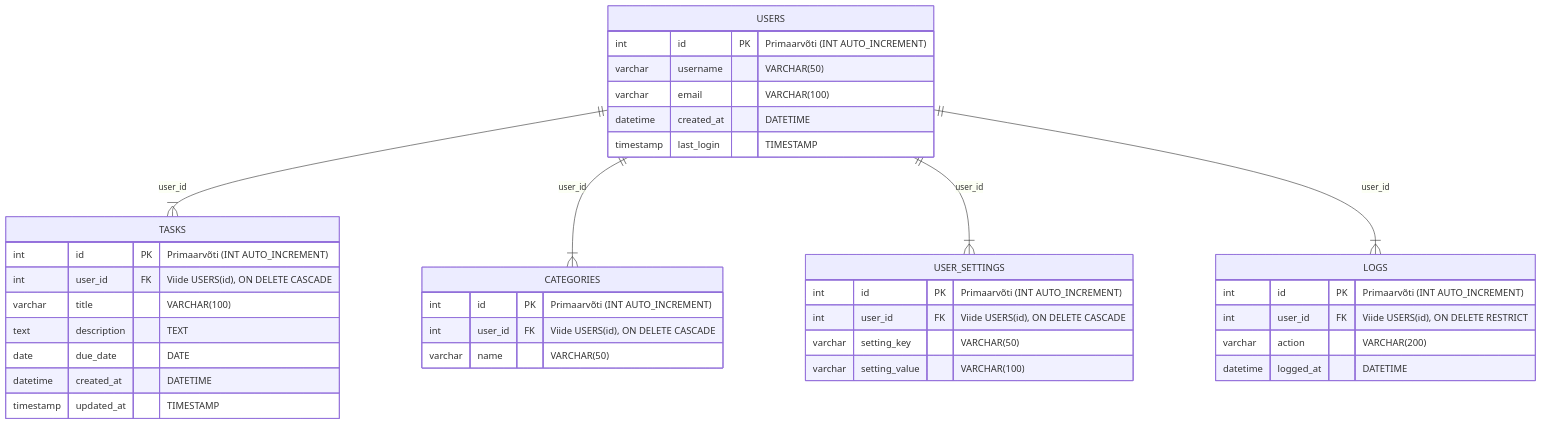
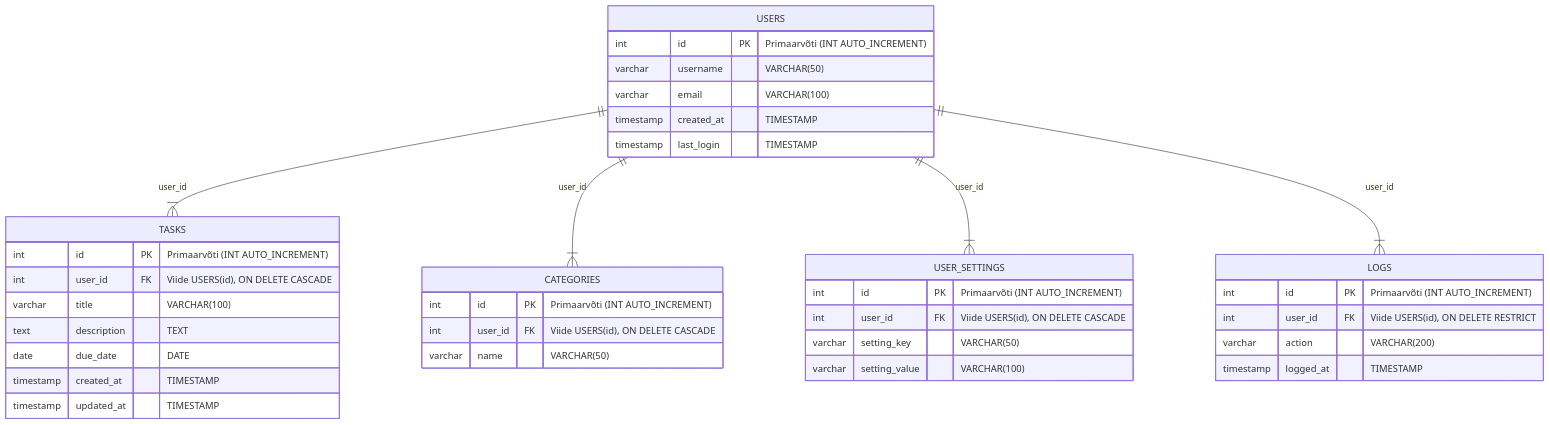
One commit to JoonasMagi/ToDo changed the diagram in todo.mermaid. Above: the diagram before and after it, drawn with Mermaid.

Commit message:
Update todo.mermaid
Uses `TIMESTAMP` instead of `DATETIME`

```diff
--- a/todo.mermaid
+++ b/todo.mermaid
@@ -1,51 +1,52 @@
 erDiagram
 
-%% TABEL: USERS
+    %% TABEL: USERS
     USERS {
         int id PK "Primaarvõti (INT AUTO_INCREMENT)"
         varchar username "VARCHAR(50)"
         varchar email "VARCHAR(100)"
-        datetime created_at "DATETIME"
+        timestamp created_at "TIMESTAMP"
         timestamp last_login "TIMESTAMP"
     }
 
-%% TABEL: TASKS
+    %% TABEL: TASKS
     TASKS {
         int id PK "Primaarvõti (INT AUTO_INCREMENT)"
         int user_id FK "Viide USERS(id), ON DELETE CASCADE"
         varchar title "VARCHAR(100)"
         text description "TEXT"
         date due_date "DATE"
-        datetime created_at "DATETIME"
+        timestamp created_at "TIMESTAMP"
         timestamp updated_at "TIMESTAMP"
     }
 
-%% TABEL: CATEGORIES
+    %% TABEL: CATEGORIES
     CATEGORIES {
         int id PK "Primaarvõti (INT AUTO_INCREMENT)"
         int user_id FK "Viide USERS(id), ON DELETE CASCADE"
         varchar name "VARCHAR(50)"
     }
 
-%% TABEL: USER_SETTINGS
+    %% TABEL: USER_SETTINGS
     USER_SETTINGS {
         int id PK "Primaarvõti (INT AUTO_INCREMENT)"
         int user_id FK "Viide USERS(id), ON DELETE CASCADE"
         varchar setting_key "VARCHAR(50)"
         varchar setting_value "VARCHAR(100)"
     }
 
-%% TABEL: LOGS
+    %% TABEL: LOGS
     LOGS {
         int id PK "Primaarvõti (INT AUTO_INCREMENT)"
         int user_id FK "Viide USERS(id), ON DELETE RESTRICT"
         varchar action "VARCHAR(200)"
-        datetime logged_at "DATETIME"
+        timestamp logged_at "TIMESTAMP"
     }
 
-%% Seosed:
-%% '||' tähistab ühe (PK pool) ja '|{' tähistab mitut (FK pool).
+    %% Seosed (Relationship notations):
+    %% '||' = üks (PK)
+    %% '|{' = mitu (FK)
     USERS ||--|{ TASKS : "user_id"
     USERS ||--|{ CATEGORIES : "user_id"
     USERS ||--|{ USER_SETTINGS : "user_id"
     USERS ||--|{ LOGS : "user_id"
```
